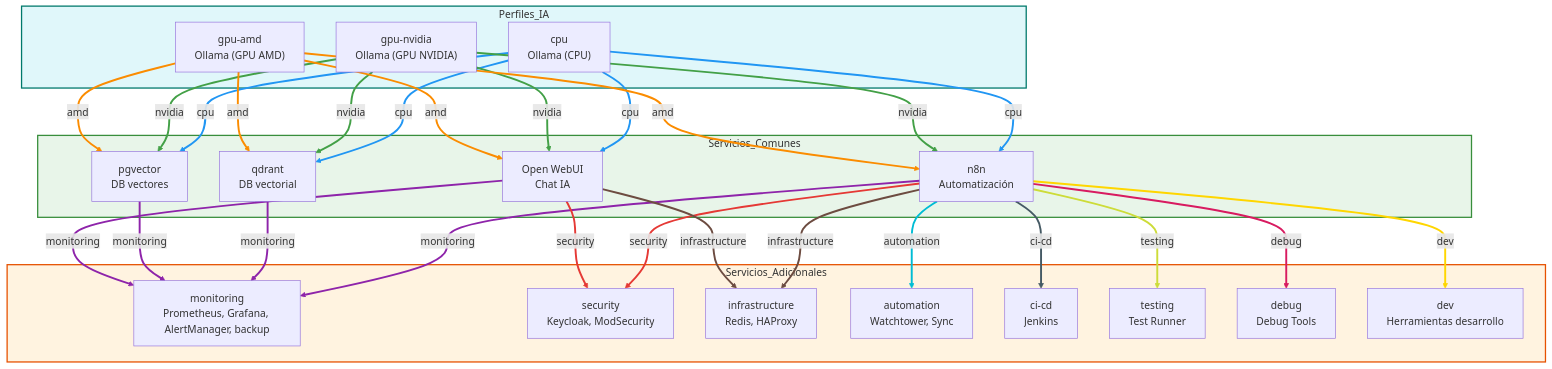
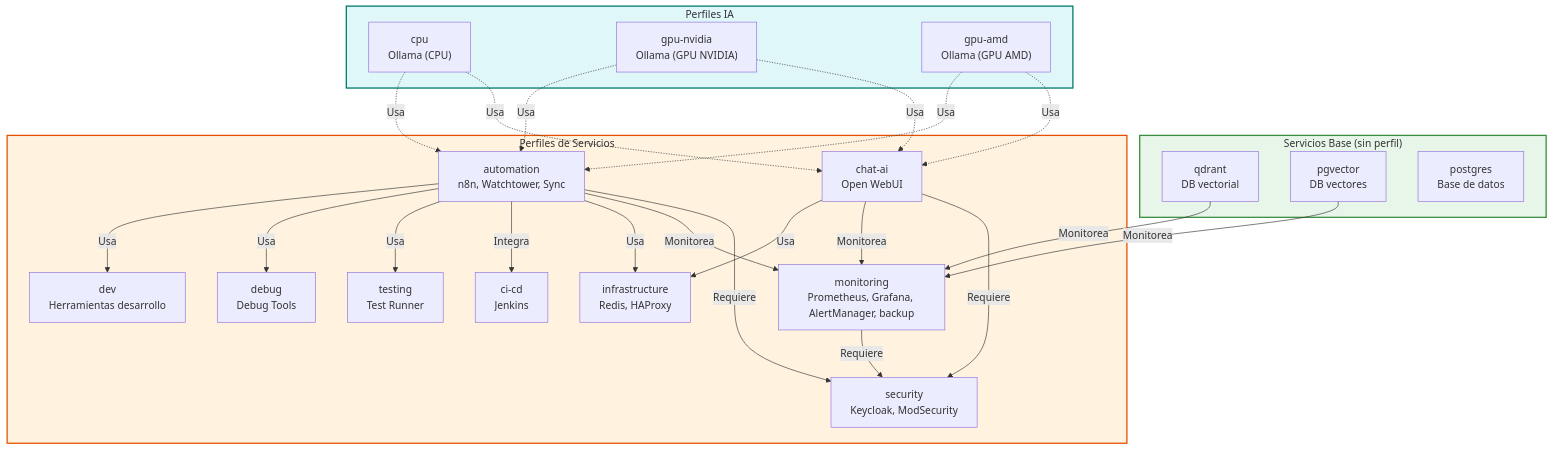
The diagram in perfiles.mmd (emujicad/my-selfhosted-ai-kit), drawn with Mermaid before and after one commit. The commit also changed 8 other files, not shown here.

```diff
--- a/perfiles.mmd
+++ b/perfiles.mmd
@@ -1,64 +1,47 @@
 flowchart TD
-    subgraph Perfiles_IA
+    subgraph Perfiles_IA["Perfiles IA"]
         CPU["cpu\nOllama (CPU)"]
         NVIDIA["gpu-nvidia\nOllama (GPU NVIDIA)"]
         AMD["gpu-amd\nOllama (GPU AMD)"]
     end
-    subgraph Servicios_Comunes
-        N8N["n8n\nAutomatización"]
+    subgraph Servicios_Base["Servicios Base (sin perfil)"]
         QDRANT["qdrant\nDB vectorial"]
         PGVECTOR["pgvector\nDB vectores"]
-        OPENWEBUI["Open WebUI\nChat IA"]
+        POSTGRES["postgres\nBase de datos"]
     end
-    subgraph Servicios_Adicionales
+    subgraph Perfiles_Servicios["Perfiles de Servicios"]
+        CHATAI["chat-ai\nOpen WebUI"]
+        AUTO["automation\nn8n, Watchtower, Sync"]
         MON["monitoring\nPrometheus, Grafana, AlertManager, backup"]
         SEC["security\nKeycloak, ModSecurity"]
         INFRA["infrastructure\nRedis, HAProxy"]
-        AUTO["automation\nWatchtower, Sync"]
         CICD["ci-cd\nJenkins"]
         TEST["testing\nTest Runner"]
         DEBUG["debug\nDebug Tools"]
         DEV["dev\nHerramientas desarrollo"]
     end
-    CPU -- cpu --> N8N
-    CPU -- cpu --> QDRANT
-    CPU -- cpu --> PGVECTOR
-    CPU -- cpu --> OPENWEBUI
-    NVIDIA -- nvidia --> N8N
-    NVIDIA -- nvidia --> QDRANT
-    NVIDIA -- nvidia --> PGVECTOR
-    NVIDIA -- nvidia --> OPENWEBUI
-    AMD -- amd --> N8N
-    AMD -- amd --> QDRANT
-    AMD -- amd --> PGVECTOR
-    AMD -- amd --> OPENWEBUI
-    N8N -- monitoring --> MON
-    QDRANT -- monitoring --> MON
-    PGVECTOR -- monitoring --> MON
-    OPENWEBUI -- monitoring --> MON
-    N8N -- security --> SEC
-    OPENWEBUI -- security --> SEC
-    N8N -- infrastructure --> INFRA
-    OPENWEBUI -- infrastructure --> INFRA
-    N8N -- automation --> AUTO
-    N8N -- ci-cd --> CICD
-    N8N -- testing --> TEST
-    N8N -- debug --> DEBUG
-    N8N -- dev --> DEV
+    CPU -.->|"Usa"| CHATAI
+    CPU -.->|"Usa"| AUTO
+    NVIDIA -.->|"Usa"| CHATAI
+    NVIDIA -.->|"Usa"| AUTO
+    AMD -.->|"Usa"| CHATAI
+    AMD -.->|"Usa"| AUTO
+    CHATAI -->|"Requiere"| SEC
+    AUTO -->|"Requiere"| SEC
+    MON -->|"Requiere"| SEC
+    CHATAI -->|"Monitorea"| MON
+    AUTO -->|"Monitorea"| MON
+    QDRANT -->|"Monitorea"| MON
+    PGVECTOR -->|"Monitorea"| MON
+    CHATAI -->|"Usa"| INFRA
+    AUTO -->|"Usa"| INFRA
+    AUTO -->|"Integra"| CICD
+    AUTO -->|"Usa"| TEST
+    AUTO -->|"Usa"| DEBUG
+    AUTO -->|"Usa"| DEV
     classDef ia fill:#e0f7fa,stroke:#00796b,stroke-width:2px;
-    classDef comunes fill:#e8f5e9,stroke:#388e3c,stroke-width:2px;
-    classDef adicionales fill:#fff3e0,stroke:#e65100,stroke-width:2px;
+    classDef base fill:#e8f5e9,stroke:#388e3c,stroke-width:2px;
+    classDef perfiles fill:#fff3e0,stroke:#e65100,stroke-width:2px;
     class Perfiles_IA ia;
-    class Servicios_Comunes comunes;
-    class Servicios_Adicionales adicionales;
-    linkStyle 0,1,2,3 stroke:#2196f3,stroke-width:3px;
-    linkStyle 4,5,6,7 stroke:#43a047,stroke-width:3px;
-    linkStyle 8,9,10,11 stroke:#fb8c00,stroke-width:3px;
-    linkStyle 12,13,14,15 stroke:#8e24aa,stroke-width:3px;
-    linkStyle 16,17 stroke:#e53935,stroke-width:3px;
-    linkStyle 18,19 stroke:#6d4c41,stroke-width:3px;
-    linkStyle 20 stroke:#00bcd4,stroke-width:3px;
-    linkStyle 21 stroke:#455a64,stroke-width:3px;
-    linkStyle 22 stroke:#cddc39,stroke-width:3px;
-    linkStyle 23 stroke:#d81b60,stroke-width:3px;
-    linkStyle 24 stroke:#ffd600,stroke-width:3px; 
+    class Servicios_Base base;
+    class Perfiles_Servicios perfiles; 
```
